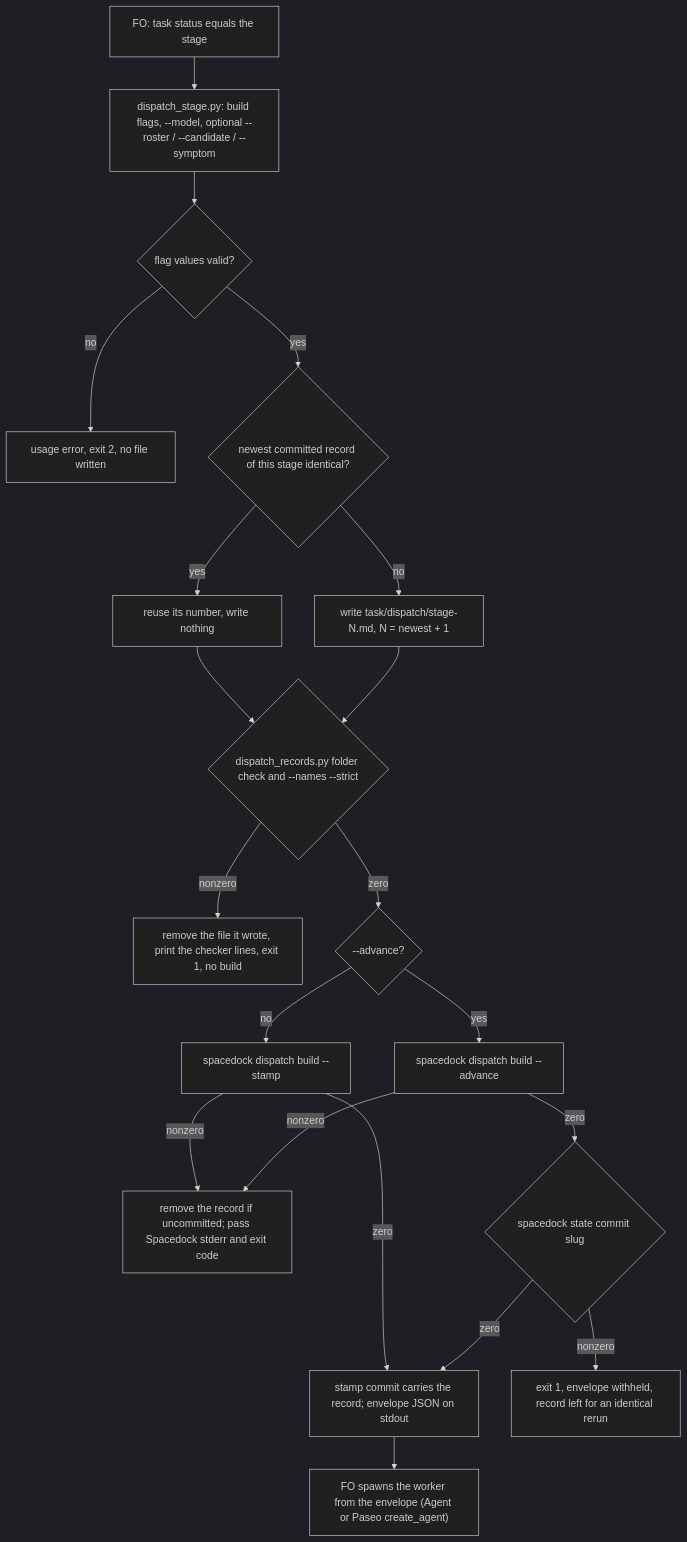
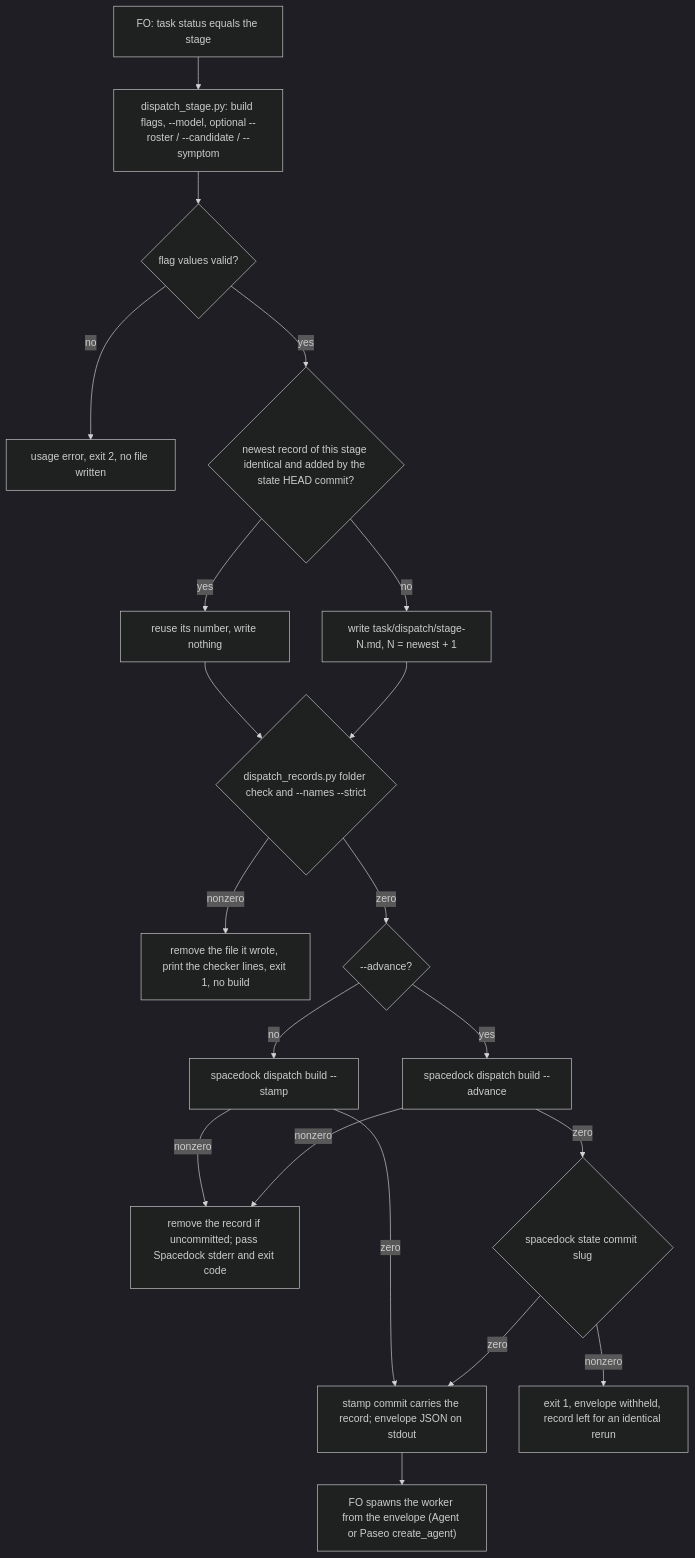
Before and after one commit to iamcxa/kc-claude-plugins: the diagram in dispatch-build-writes-the-dispatch-record.md, drawn with Mermaid (dark theme). The commit also changed other lines of this file, not shown here.

Commit message:
ideation: dispatch-build-writes-the-dispatch-record narrows record-number reuse

````diff
--- a/dispatch-build-writes-the-dispatch-record.md
+++ b/dispatch-build-writes-the-dispatch-record.md
@@ -79,22 +79,22 @@
 ```mermaid
 flowchart TD
   G[FO: task status equals the stage] --> W["dispatch_stage.py: build flags, --model, optional --roster / --candidate / --symptom"]
   W --> U{flag values valid?}
   U -- no --> U2[usage error, exit 2, no file written]
-  U -- yes --> N{newest committed record of this stage identical?}
+  U -- yes --> N{"newest record of this stage identical and added by the state HEAD commit?"}
   N -- yes --> K[reuse its number, write nothing]
   N -- no --> R["write task/dispatch/stage-N.md, N = newest + 1"]
   K --> C
   R --> C{"dispatch_records.py folder check and --names --strict"}
   C -- nonzero --> X["remove the file it wrote, print the checker lines, exit 1, no build"]
   C -- zero --> A{--advance?}
   A -- no --> S[spacedock dispatch build --stamp]
   A -- yes --> V[spacedock dispatch build --advance]
   S -- nonzero --> F["remove the record if uncommitted; pass Spacedock stderr and exit code"]
   V -- nonzero --> F
   S -- zero --> E["stamp commit carries the record; envelope JSON on stdout"]
   V -- zero --> SC{spacedock state commit slug}
   SC -- nonzero --> F2["exit 1, envelope withheld, record left for an identical rerun"]
   SC -- zero --> E
   E --> P["FO spawns the worker from the envelope (Agent or Paseo create_agent)"]
 ```
````
